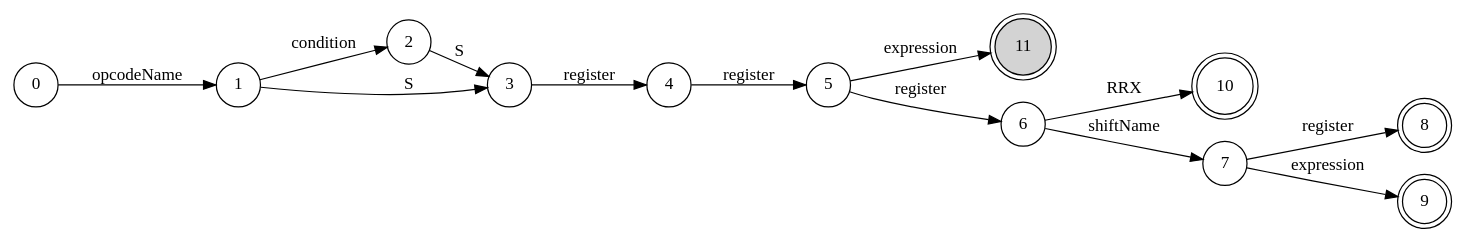
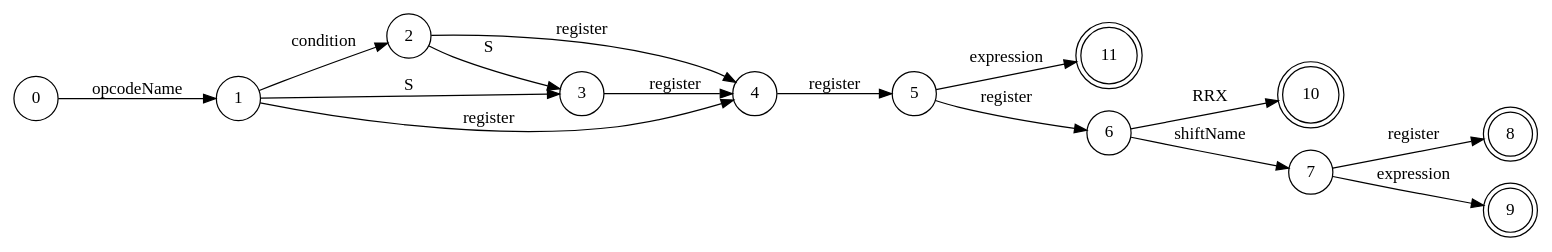
One commit to dospro/biogba changed the diagram in docs/asm_parser/opcode.dot. Above: the diagram before and after it, drawn with Graphviz. The commit also changed 2 other files, not shown here.

```diff
--- a/docs/asm_parser/opcode.dot
+++ b/docs/asm_parser/opcode.dot
@@ -1,21 +1,21 @@
 digraph g {
   rankdir=LR;
   node [shape = doublecircle]; 11 8 9 10;
 	node [shape = circle];
 
   0 -> 1 [label=opcodeName]
   1 -> 2 [label=condition]
   2 -> 3 [label=S]
   1 -> 3 [label=S]
+  1 -> 4 [label=register]
+  2 -> 4 [label=register]
   3 -> 4 [label=register]
   4 -> 5 [label=register]
   5 -> 6 [label=register]
   6 -> 7 [label=shiftName]
   7 -> 8 [label=register]
   7 -> 9 [label=expression]
   6 -> 10 [label=RRX]
   5 -> 11 [label=expression]
 
-  "11" [style="filled"]
-
 }
```
